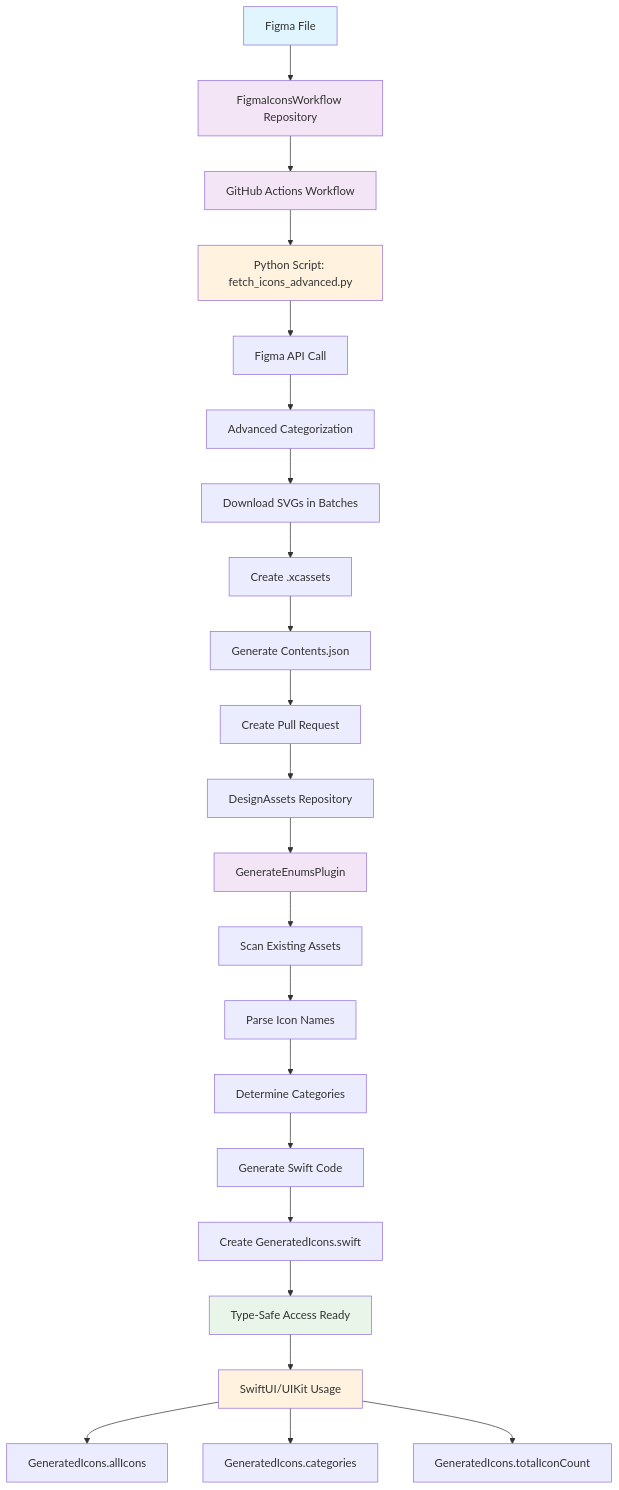
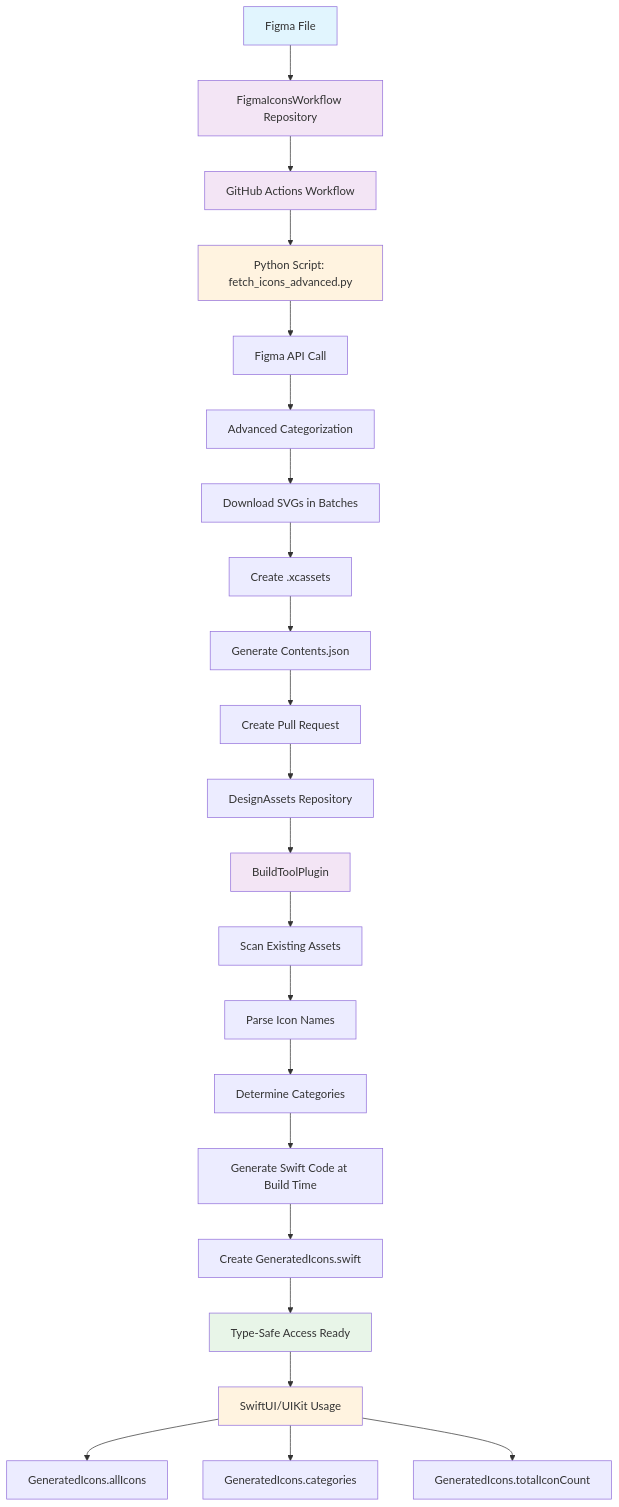
The diagram in README.md (babladiabhishek/DesignAssets), drawn with Mermaid before and after one commit. The commit also changed other lines of this file and 5 other files, not shown here.

First line of the commit message:
🎉 Convert to BuildToolPlugin for automatic build-time generation

````diff
--- a/README.md
+++ b/README.md
@@ -19,34 +19,34 @@
 ```mermaid
 graph TD
     A[Figma File] --> B[FigmaIconsWorkflow Repository]
     B --> C[GitHub Actions Workflow]
     C --> D[Python Script: fetch_icons_advanced.py]
     D --> E[Figma API Call]
     E --> F[Advanced Categorization]
     F --> G[Download SVGs in Batches]
     G --> H[Create .xcassets]
     H --> I[Generate Contents.json]
     I --> J[Create Pull Request]
     J --> K[DesignAssets Repository]
     
-    K --> L[GenerateEnumsPlugin]
+    K --> L[BuildToolPlugin]
     L --> M[Scan Existing Assets]
     M --> N[Parse Icon Names]
     N --> O[Determine Categories]
-    O --> P[Generate Swift Code]
+    O --> P[Generate Swift Code at Build Time]
     P --> Q[Create GeneratedIcons.swift]
     Q --> R[Type-Safe Access Ready]
     
     R --> S[SwiftUI/UIKit Usage]
     S --> T[GeneratedIcons.allIcons]
     S --> U[GeneratedIcons.categories]
     S --> V[GeneratedIcons.totalIconCount]
     
     style A fill:#e1f5fe
     style B fill:#f3e5f5
     style C fill:#f3e5f5
     style D fill:#fff3e0
     style L fill:#f3e5f5
     style R fill:#e8f5e8
     style S fill:#fff3e0
 ```
````
